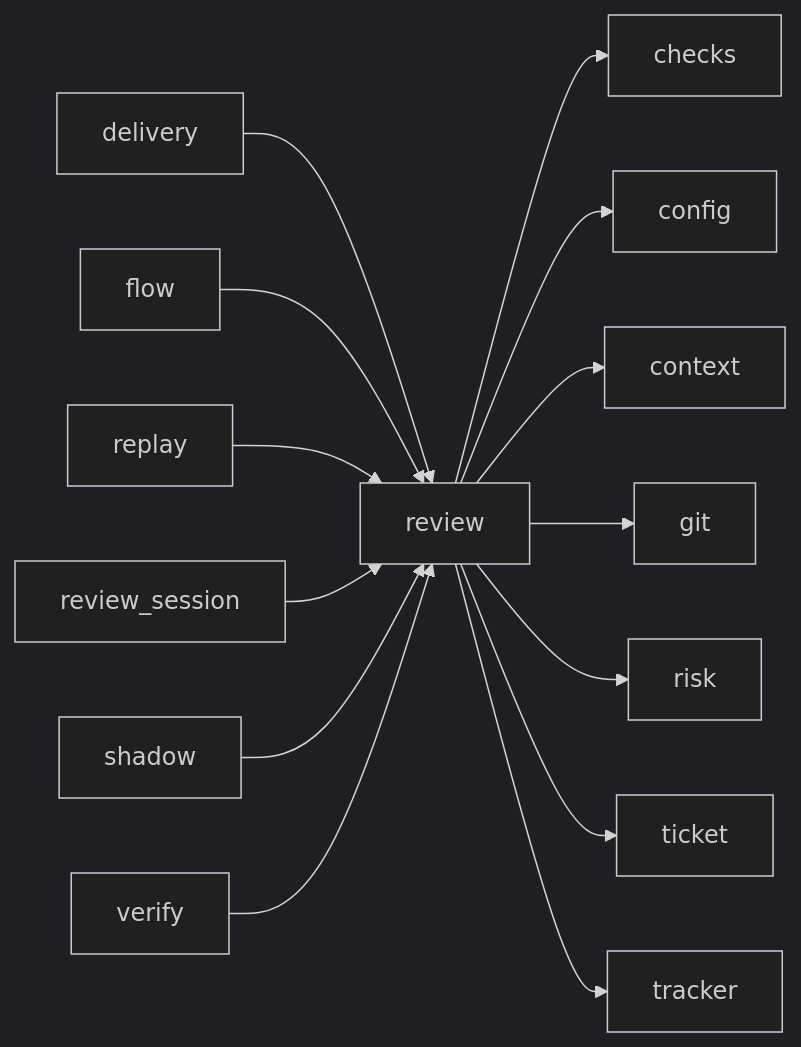
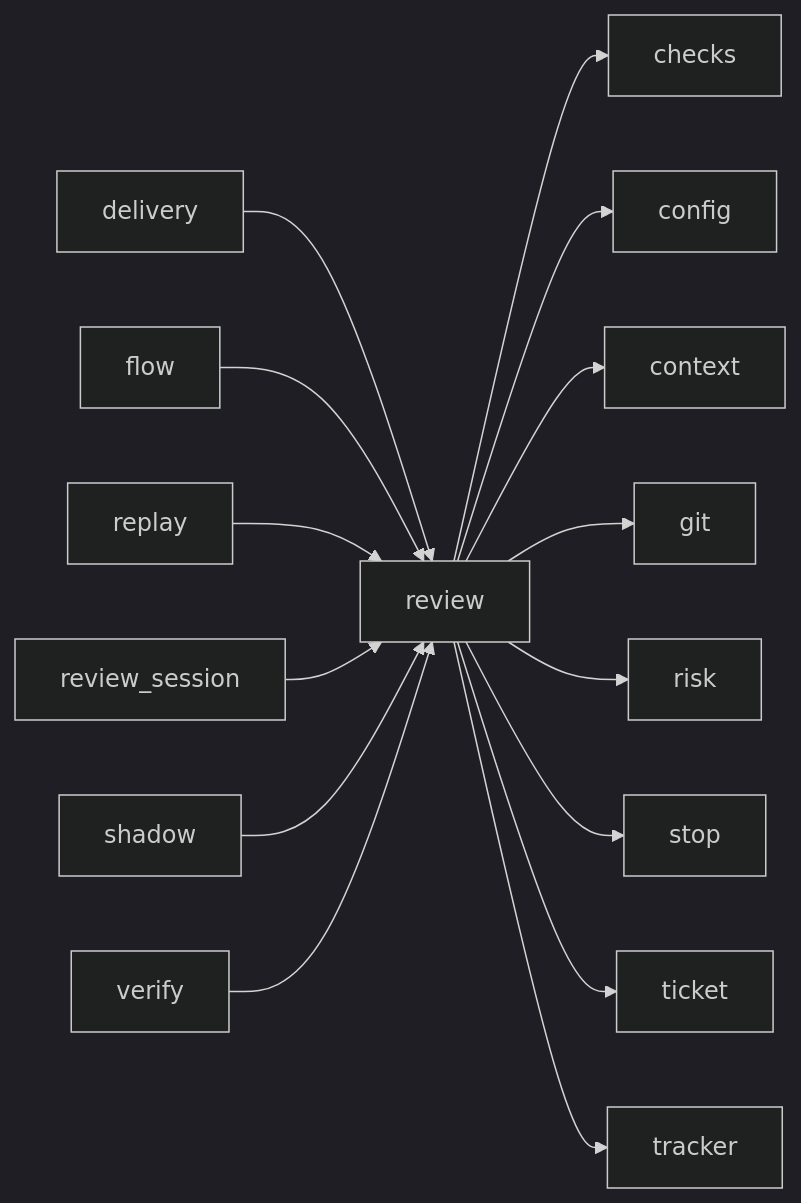
One commit to plaplanche/ariane changed the third of 3 diagrams in docs/architecture/modules/review.md. Above: the diagram before and after it, drawn with Mermaid (dark theme). The commit also changed other lines of this file and 34 other files, not shown here.

Commit message:
#196: ariane report: review escapes per model pair and stop categories (C10, C19)

````diff
--- a/docs/architecture/modules/review.md
+++ b/docs/architecture/modules/review.md
@@ -115,16 +116,17 @@
 ```mermaid
 flowchart LR
   delivery --> review
   flow --> review
   replay --> review
   review --> checks
   review --> config
   review --> context
   review --> git
   review --> risk
+  review --> stop
   review --> ticket
   review --> tracker
   review_session --> review
   shadow --> review
   verify --> review
 ```
````
